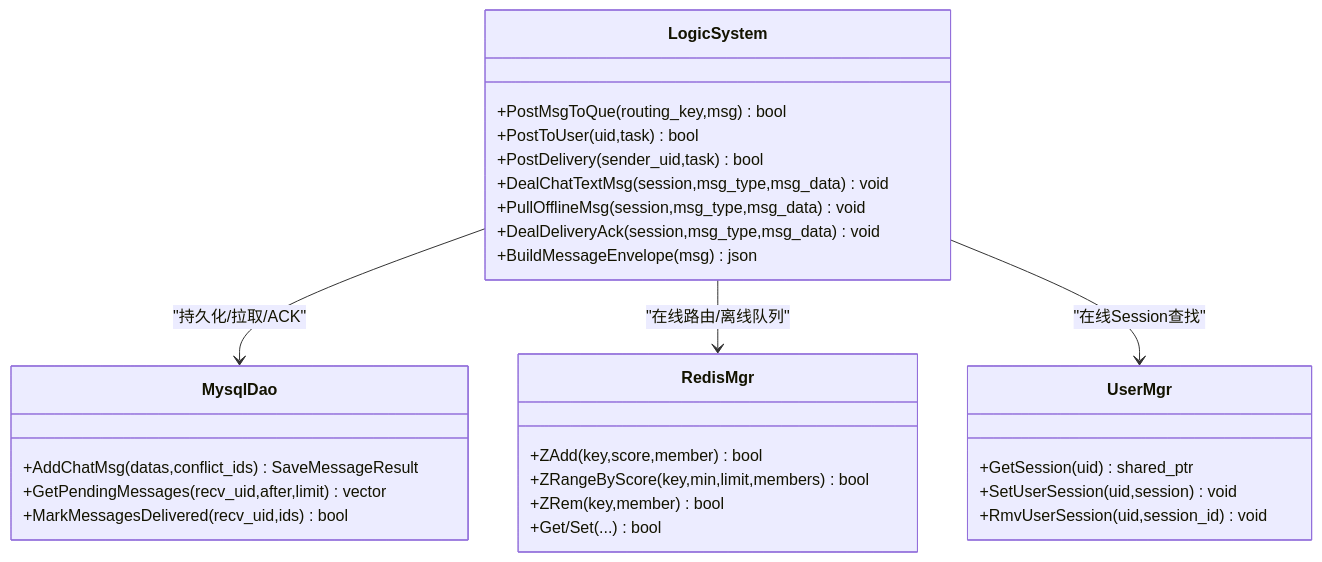
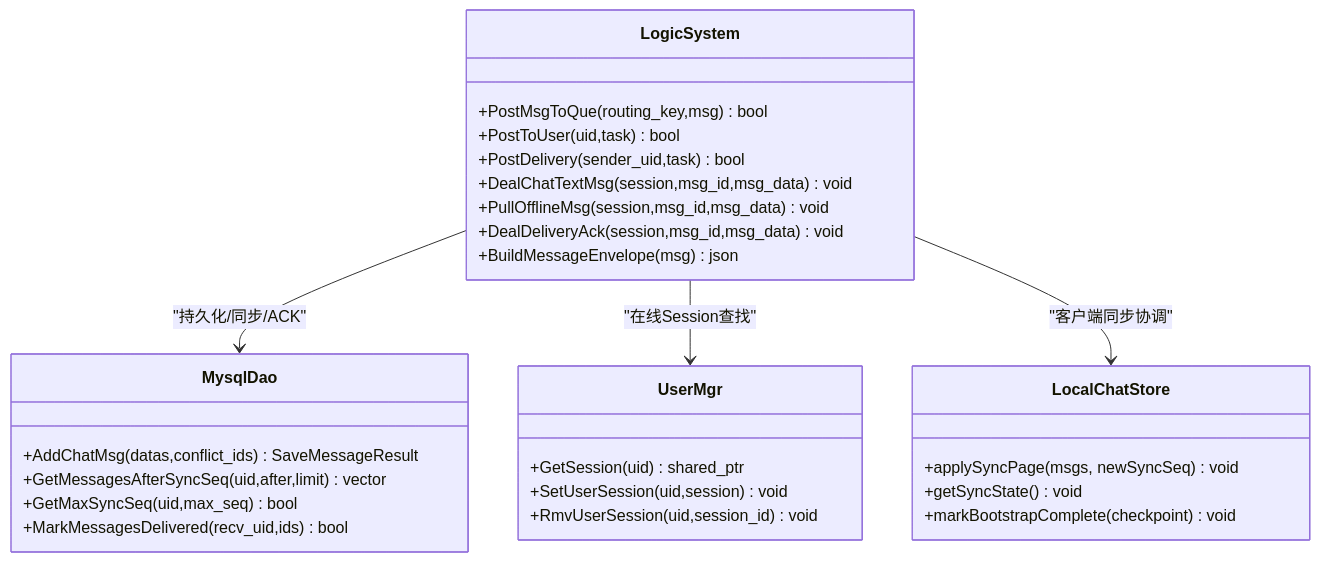
One commit to echo9923/mychatter changed the eighth of 11 diagrams in .qoder/repowiki/zh/content/核心功能模块/聊天消息系统/离线消息投递系统.md. Above: the diagram before and after it, drawn with Mermaid. The commit also changed other lines of this file and 132 other files, not shown here.

````diff
--- a/.qoder/repowiki/zh/content/核心功能模块/聊天消息系统/离线消息投递系统.md
+++ b/.qoder/repowiki/zh/content/核心功能模块/聊天消息系统/离线消息投递系统.md
@@ -427,31 +356,31 @@
 ```mermaid
 classDiagram
 class LogicSystem {
 +PostMsgToQue(routing_key,msg) bool
 +PostToUser(uid,task) bool
 +PostDelivery(sender_uid,task) bool
-+DealChatTextMsg(session,msg_type,msg_data) void
-+PullOfflineMsg(session,msg_type,msg_data) void
-+DealDeliveryAck(session,msg_type,msg_data) void
++DealChatTextMsg(session,msg_id,msg_data) void
++PullOfflineMsg(session,msg_id,msg_data) void
++DealDeliveryAck(session,msg_id,msg_data) void
 +BuildMessageEnvelope(msg) json
 }
 class UserMgr {
 +GetSession(uid) shared_ptr<CSession>
 +SetUserSession(uid,session) void
 +RmvUserSession(uid,session_id) void
 }
 class MysqlDao {
 +AddChatMsg(datas,conflict_ids) SaveMessageResult
-+GetPendingMessages(recv_uid,after,limit) vector
++GetMessagesAfterSyncSeq(uid,after,limit) vector
++GetMaxSyncSeq(uid,max_seq) bool
 +MarkMessagesDelivered(recv_uid,ids) bool
 }
-class RedisMgr {
-+ZAdd(key,score,member) bool
-+ZRangeByScore(key,min,limit,members) bool
-+ZRem(key,member) bool
-+Get/Set(...) bool
+class LocalChatStore {
++applySyncPage(msgs, newSyncSeq) void
++getSyncState() void
++markBootstrapComplete(checkpoint) void
 }
-LogicSystem --> MysqlDao : "持久化/拉取/ACK"
-LogicSystem --> RedisMgr : "在线路由/离线队列"
+LogicSystem --> MysqlDao : "持久化/同步/ACK"
 LogicSystem --> UserMgr : "在线Session查找"
+LogicSystem --> LocalChatStore : "客户端同步协调"
 ```
````
